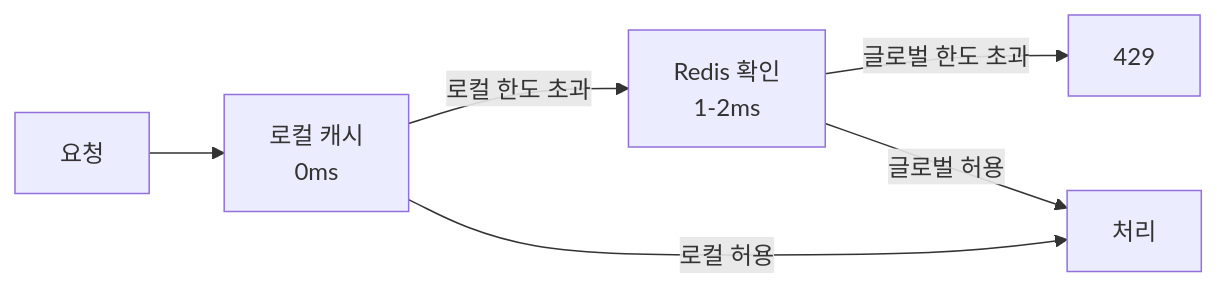
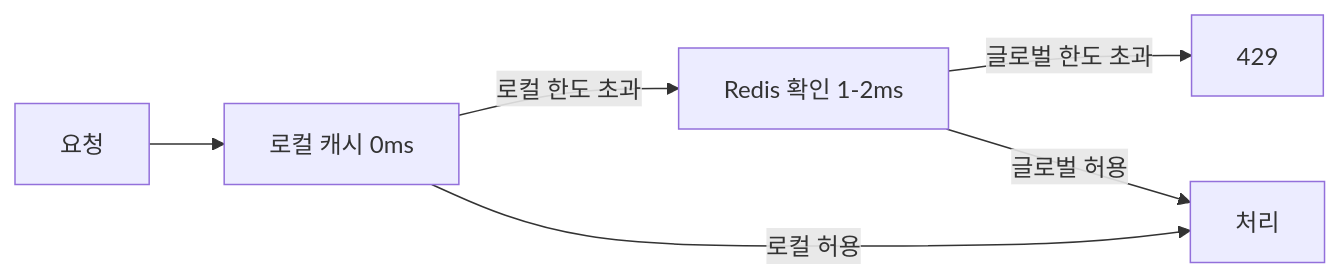
The ninth of 12 diagrams in _posts/systemdesign/2026-05-01-rate-limiting.md (yjkim2015/yjkim2015.github.io), drawn with Mermaid before and after one commit. The commit also changed other lines of this file and 26 other files, not shown here.

````diff
--- a/_posts/systemdesign/2026-05-01-rate-limiting.md
+++ b/_posts/systemdesign/2026-05-01-rate-limiting.md
@@ -1571,8 +1441,8 @@
 ```mermaid
 graph LR
-    REQ["요청"] --> LC["로컬 캐시\n0ms"]
-    LC -->|"로컬 한도 초과"| RD["Redis 확인\n1-2ms"]
+    REQ["요청"] --> LC["로컬 캐시 0ms"]
+    LC -->|"로컬 한도 초과"| RD["Redis 확인 1-2ms"]
     RD -->|"글로벌 한도 초과"| DENY["429"]
     LC -->|"로컬 허용"| OK["처리"]
     RD -->|"글로벌 허용"| OK
 ```
````
